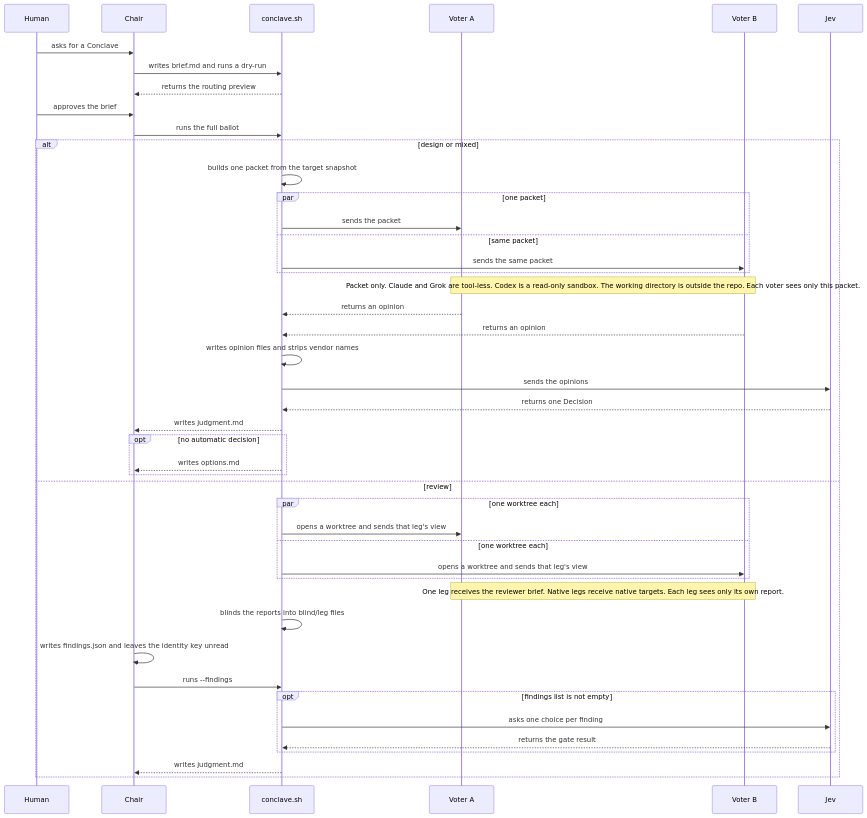
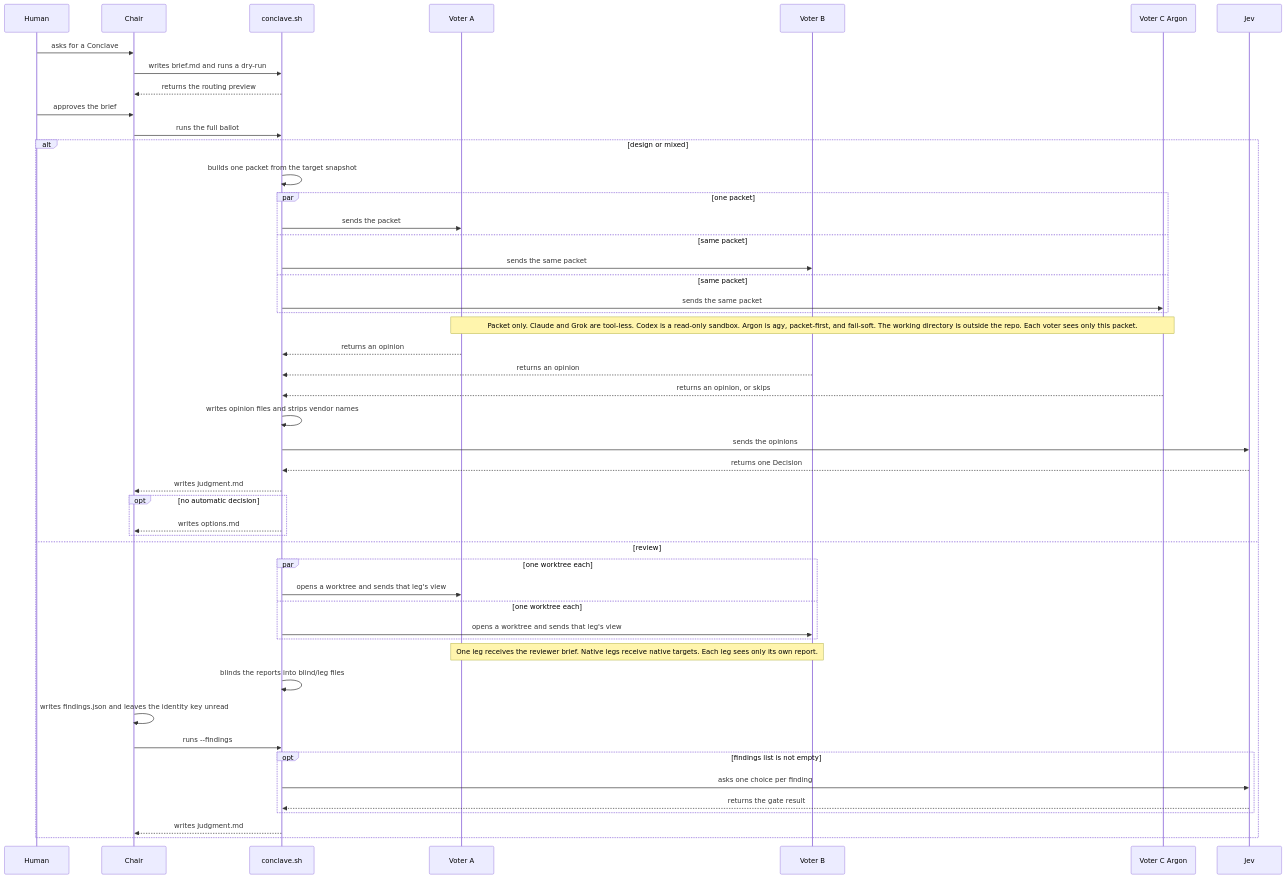
The second of 3 diagrams in README.md (rymiwe/conclave), drawn with Mermaid before and after one commit. The commit also changed other lines of this file and 16 other files, not shown here.

First line of the commit message:
Seat Argon as a fail-soft voter on design and mixed ballots.

````diff
--- a/README.md
+++ b/README.md
@@ -53,47 +55,51 @@
 ```mermaid
 sequenceDiagram
   participant Human
   participant Chair
   participant Script as conclave.sh
   participant A as Voter A
   participant B as Voter B
+  participant C as Voter C Argon
   participant Jev
   Human->>Chair: asks for a Conclave
   Chair->>Script: writes brief.md and runs a dry-run
   Script-->>Chair: returns the routing preview
   Human->>Chair: approves the brief
   Chair->>Script: runs the full ballot
   alt design or mixed
     Script->>Script: builds one packet from the target snapshot
     par one packet
       Script->>A: sends the packet
     and same packet
       Script->>B: sends the same packet
+    and same packet
+      Script->>C: sends the same packet
     end
-    Note over A,B: Packet only. Claude and Grok are tool-less. Codex is a read-only sandbox. The working directory is outside the repo. Each voter sees only this packet.
+    Note over A,C: Packet only. Claude and Grok are tool-less. Codex is a read-only sandbox. Argon is agy, packet-first, and fail-soft. The working directory is outside the repo. Each voter sees only this packet.
     A-->>Script: returns an opinion
     B-->>Script: returns an opinion
+    C-->>Script: returns an opinion, or skips
     Script->>Script: writes opinion files and strips vendor names
     Script->>Jev: sends the opinions
     Jev-->>Script: returns one Decision
     Script-->>Chair: writes judgment.md
     opt no automatic decision
       Script-->>Chair: writes options.md
     end
   else review
     par one worktree each
       Script->>A: opens a worktree and sends that leg's view
     and one worktree each
       Script->>B: opens a worktree and sends that leg's view
     end
     Note over A,B: One leg receives the reviewer brief. Native legs receive native targets. Each leg sees only its own report.
     Script->>Script: blinds the reports into blind/leg files
     Chair->>Chair: writes findings.json and leaves the identity key unread
     Chair->>Script: runs --findings
     opt findings list is not empty
       Script->>Jev: asks one choice per finding
       Jev-->>Script: returns the gate result
     end
     Script-->>Chair: writes judgment.md
   end
 ```
````
